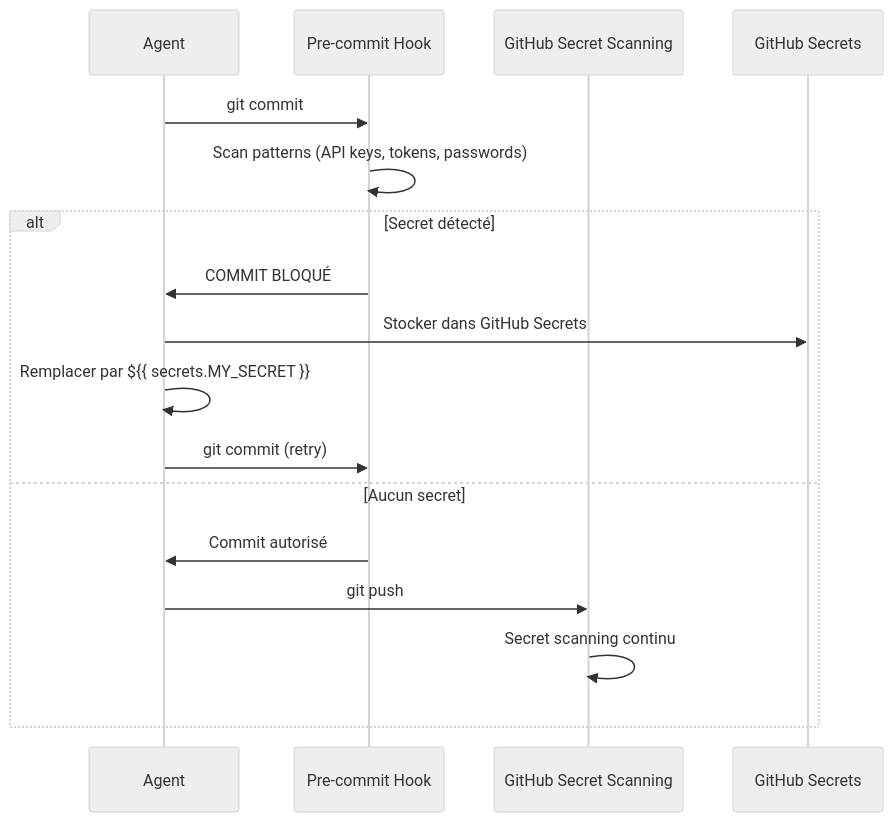
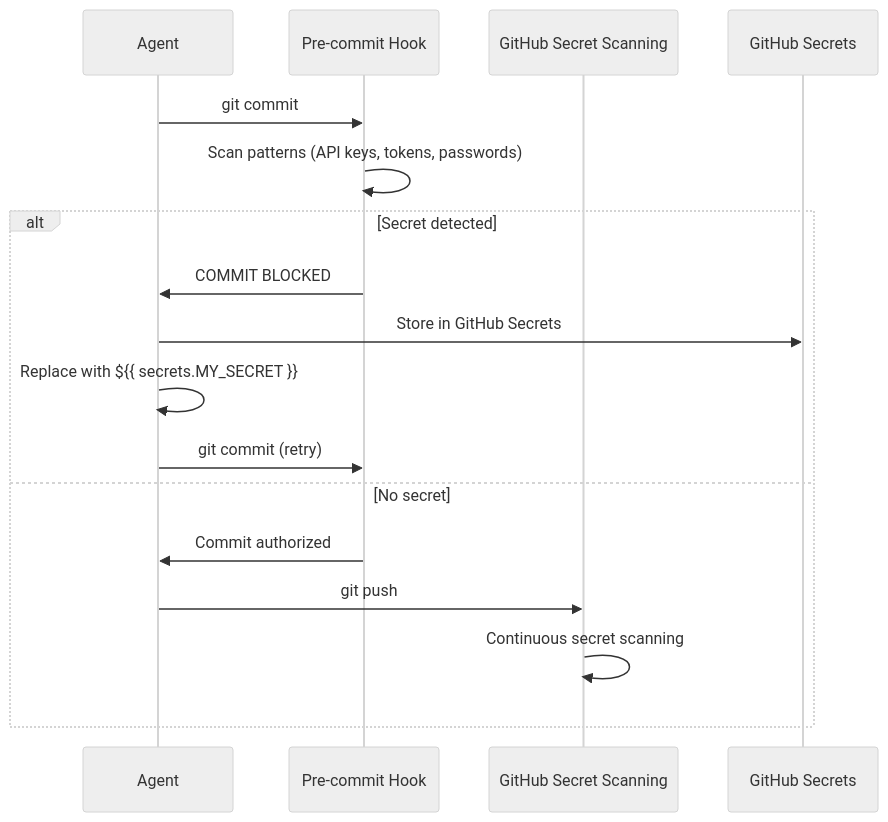
One commit to lordmahonheim-bot/Tesla-Antigravity-CLI changed the fourth of 7 diagrams in 09-Github-Governance/SKILL.md. Above: the diagram before and after it, drawn with Mermaid (neutral theme). The commit also changed other lines of this file and 14 other files, not shown here.

````diff
--- a/09-Github-Governance/SKILL.md
+++ b/09-Github-Governance/SKILL.md
@@ -399,20 +401,20 @@
 ```mermaid
 sequenceDiagram
     participant Dev as Agent
     participant Hook as Pre-commit Hook
     participant GH as GitHub Secret Scanning
     participant Vault as GitHub Secrets
 
     Dev->>Hook: git commit
     Hook->>Hook: Scan patterns (API keys, tokens, passwords)
-    alt Secret détecté
-        Hook->>Dev: COMMIT BLOQUÉ
-        Dev->>Vault: Stocker dans GitHub Secrets
-        Dev->>Dev: Remplacer par ${{ secrets.MY_SECRET }}
+    alt Secret detected
+        Hook->>Dev: COMMIT BLOCKED
+        Dev->>Vault: Store in GitHub Secrets
+        Dev->>Dev: Replace with ${{ secrets.MY_SECRET }}
         Dev->>Hook: git commit (retry)
-    else Aucun secret
-        Hook->>Dev: Commit autorisé
+    else No secret
+        Hook->>Dev: Commit authorized
         Dev->>GH: git push
-        GH->>GH: Secret scanning continu
+        GH->>GH: Continuous secret scanning
     end
 ```
````
